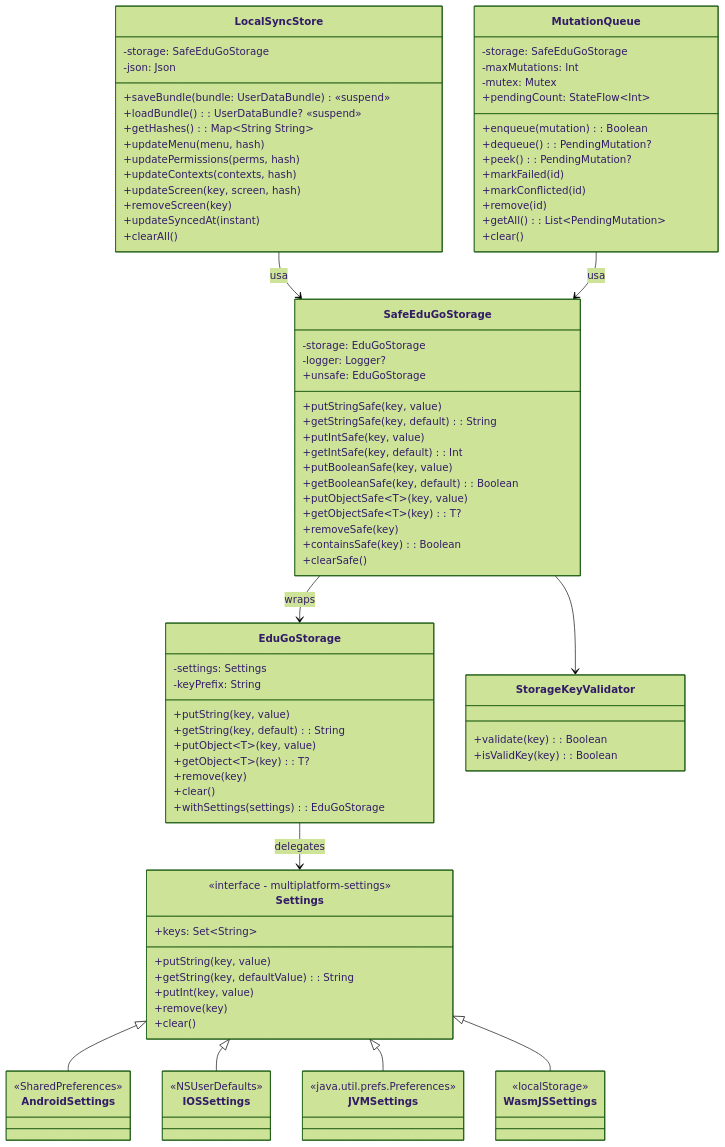
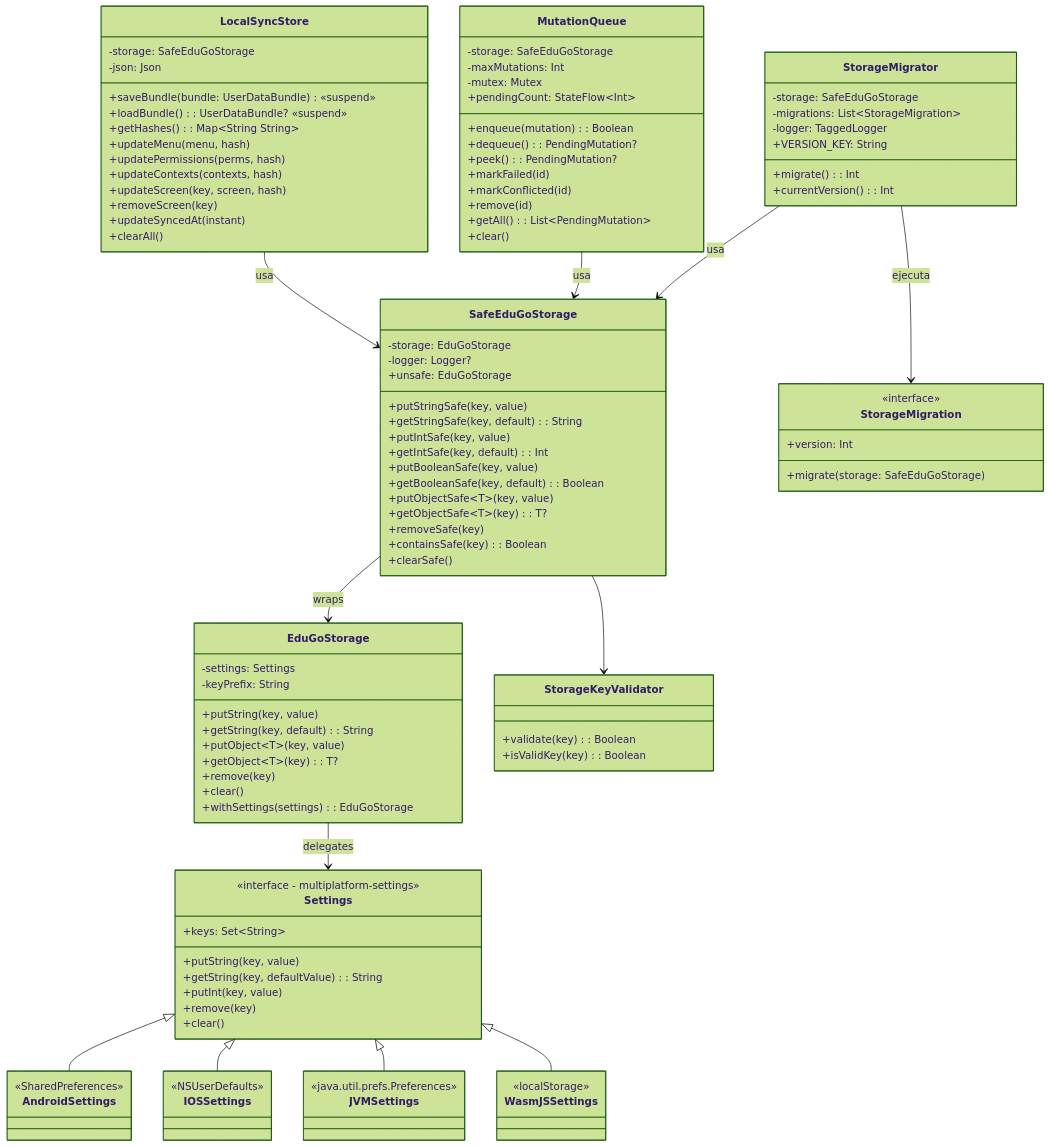
The first of 16 diagrams in docs/flujos-arquitectura/05-storage-local.md (EduGoGroup/EduUi-KMP), drawn with Mermaid (forest theme) before and after one commit. The commit also changed other lines of this file and 9 other files, not shown here.

First line of the commit message:
docs: update architecture docs with ZoneErrorBoundary (A6 completed)

````diff
--- a/docs/flujos-arquitectura/05-storage-local.md
+++ b/docs/flujos-arquitectura/05-storage-local.md
@@ -84,6 +84,19 @@
         +getAll(): List~PendingMutation~
         +clear()
     }
+    class StorageMigrator {
+        -storage: SafeEduGoStorage
+        -migrations: List~StorageMigration~
+        -logger: TaggedLogger
+        +migrate(): Int
+        +currentVersion(): Int
+        +VERSION_KEY: String
+    }
+    class StorageMigration {
+        <<interface>>
+        +version: Int
+        +migrate(storage: SafeEduGoStorage)
+    }
 
     SafeEduGoStorage --> EduGoStorage : wraps
     SafeEduGoStorage --> StorageKeyValidator
@@ -94,4 +107,6 @@
     Settings <|-- WasmJSSettings
     LocalSyncStore --> SafeEduGoStorage : usa
     MutationQueue --> SafeEduGoStorage : usa
+    StorageMigrator --> SafeEduGoStorage : usa
+    StorageMigrator --> StorageMigration : ejecuta
 ```
````
